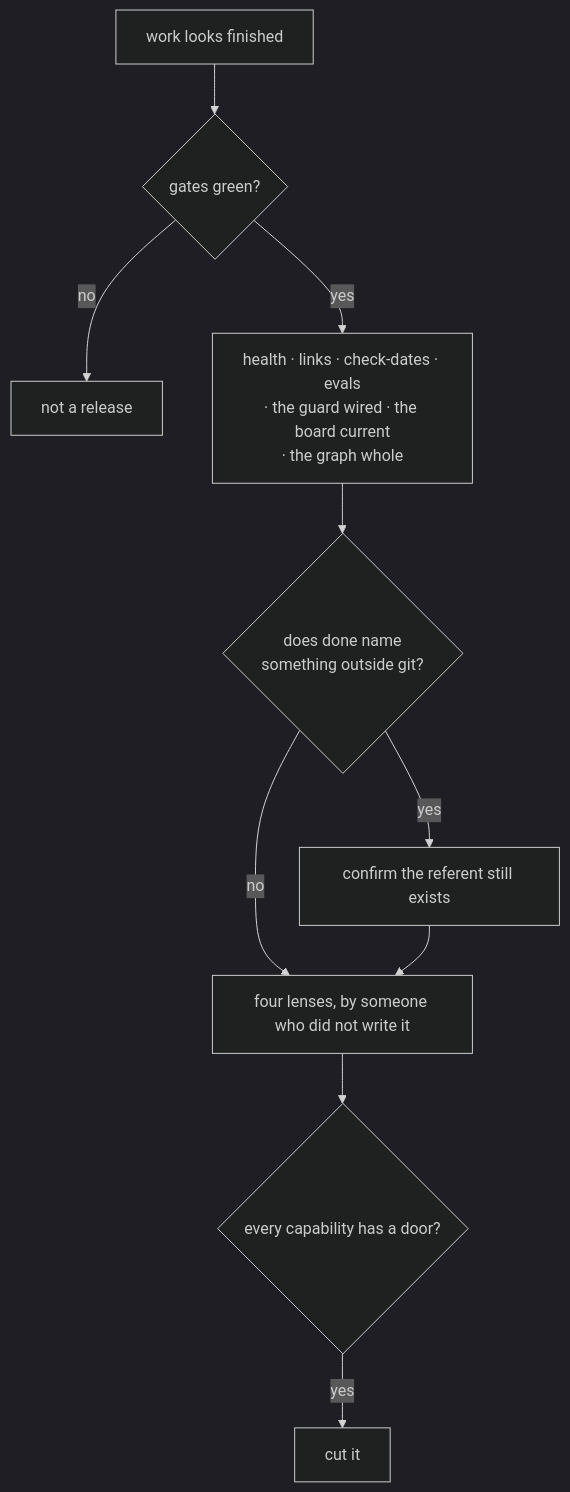
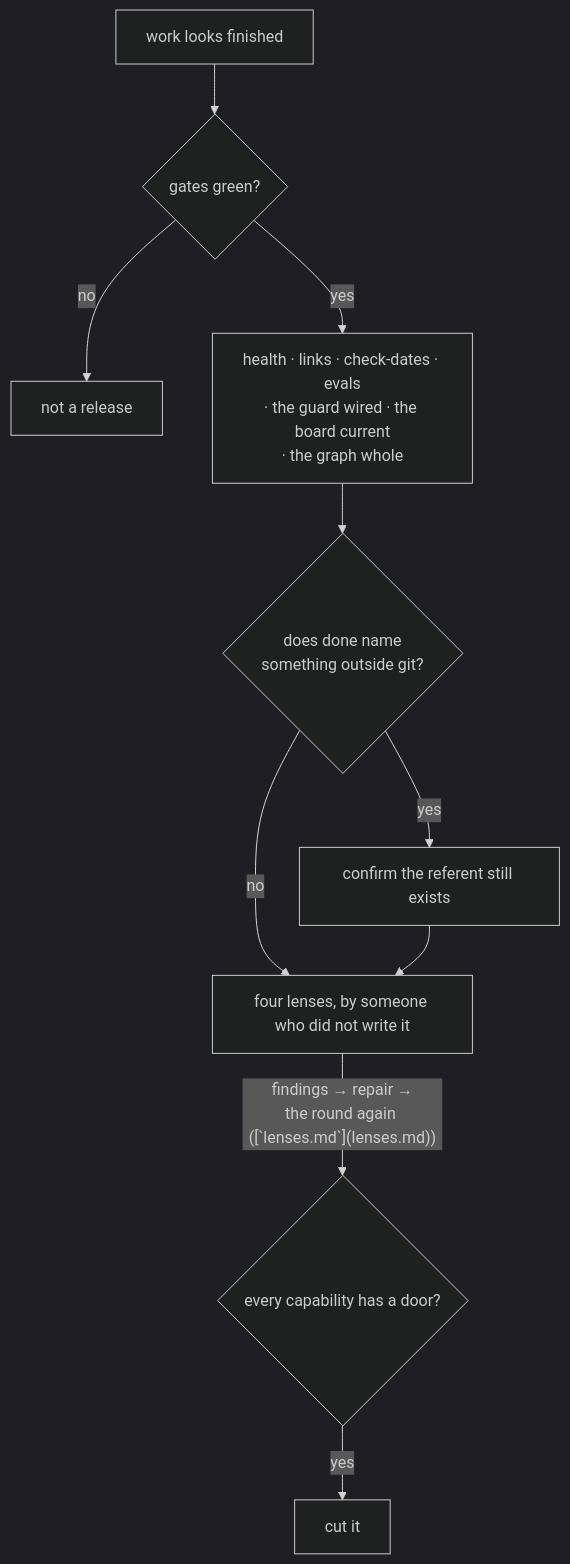
Before and after one commit to jamillazarev/opsinist: diagram 17 of 24 in diagrams.md, drawn with Mermaid (dark theme). The commit also changed 4 other files, not shown here.

First line of the commit message:
the four surfaces catch up with the release: README, use-cases, the diagrams, the site

````diff
--- a/diagrams.md
+++ b/diagrams.md
@@ -356,12 +356,12 @@
 ```mermaid
 flowchart TD
   W[work looks finished] --> G{gates green?}
   G -- no --> STOP[not a release]
   G -- yes --> CH[health · links · check-dates · evals<br/>· the guard wired · the board current<br/>· the graph whole]
   CH --> EX{does done name<br/>something outside git?}
   EX -- yes --> VER[confirm the referent still exists]
   EX -- no --> LEN
   VER --> LEN[four lenses, by someone who did not write it]
-  LEN --> DOOR{every capability has a door?}
+  LEN -->|"findings → repair →<br/>the round again ([`lenses.md`](lenses.md))"| DOOR{every capability has a door?}
   DOOR -- yes --> SHIP[cut it]
 ```
````
